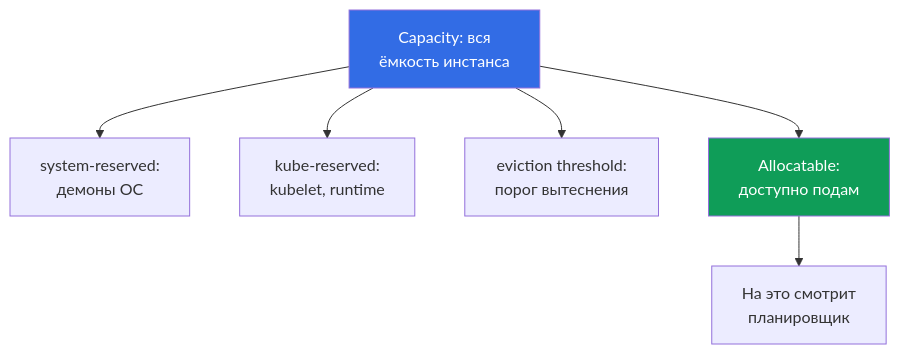
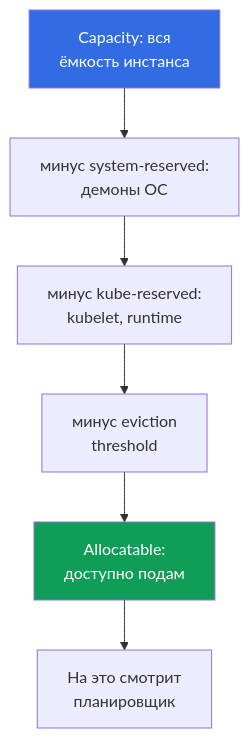
Before and after one commit to ViktorUJ/cks: the second of 2 diagrams in tasks/eks/course/14/ru.md, drawn with Mermaid. The commit also changed other lines of this file and 52 other files, not shown here.

````diff
--- a/tasks/eks/course/14/ru.md
+++ b/tasks/eks/course/14/ru.md
@@ -130,10 +130,10 @@
 ```mermaid
 flowchart TB
-    cap["Capacity: вся<br>ёмкость инстанса"] --> sys["system-reserved:<br>демоны ОС"]
-    cap --> kube["kube-reserved:<br>kubelet, runtime"]
-    cap --> evict["eviction threshold:<br>порог вытеснения"]
-    cap --> alloc["Allocatable:<br>доступно подам"]
-    alloc --> sched["На это смотрит<br>планировщик"]
+    cap["Capacity: вся<br/>ёмкость инстанса"] --> sys["минус system-reserved:<br/>демоны ОС"]
+    sys --> kube["минус kube-reserved:<br/>kubelet, runtime"]
+    kube --> evict["минус eviction<br/>threshold"]
+    evict --> alloc["Allocatable:<br/>доступно подам"]
+    alloc --> sched["На это смотрит<br/>планировщик"]
     style cap fill:#326ce5,color:#fff
     style alloc fill:#0f9d58,color:#fff
 ```
````
